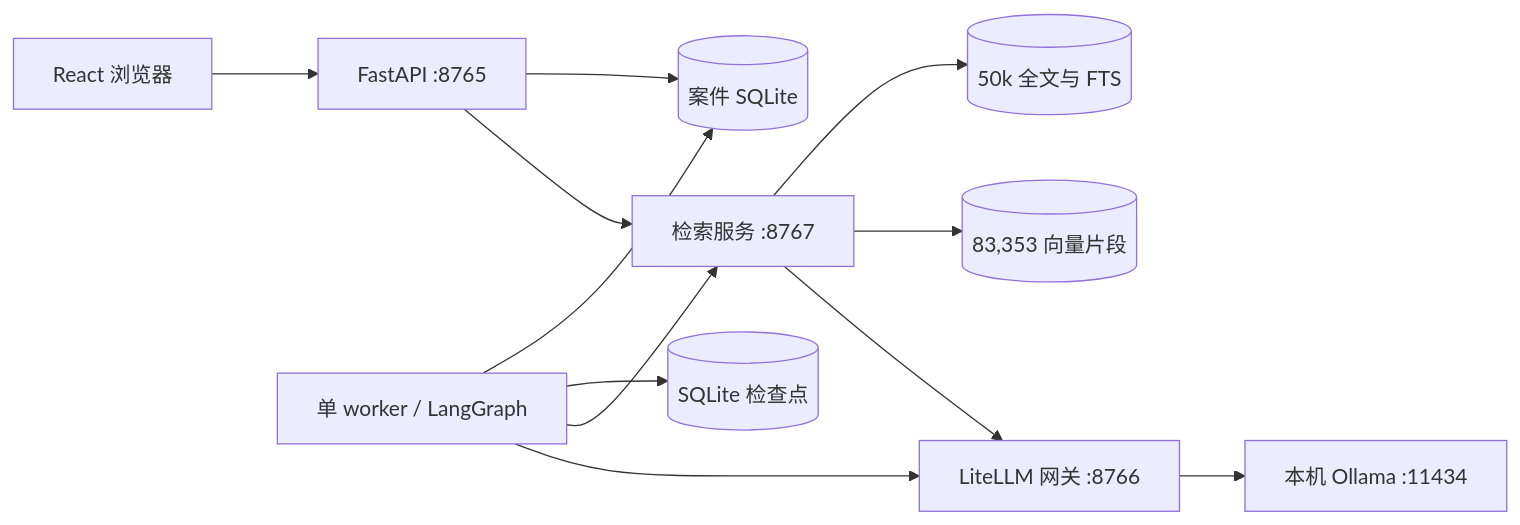
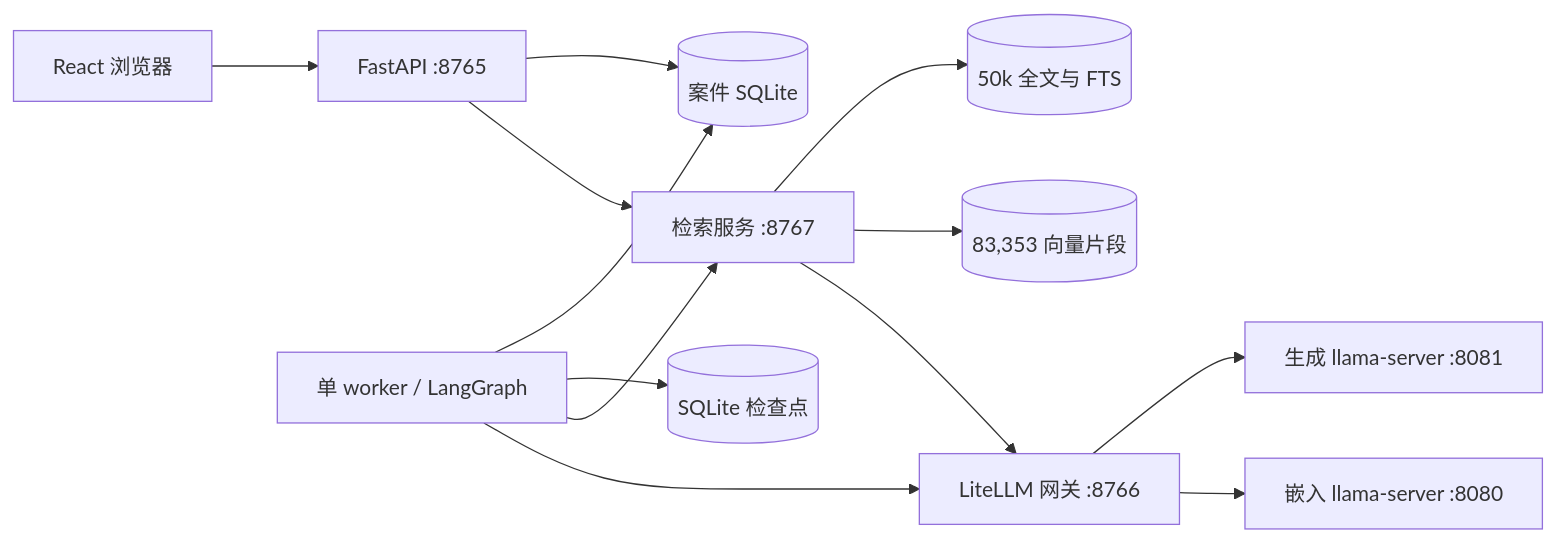
One commit to jonkiky/judger-demo changed the diagram in README.md. Above: the diagram before and after it, drawn with Mermaid. The commit also changed other lines of this file and 5 other files, not shown here.

````diff
--- a/README.md
+++ b/README.md
@@ -100,14 +103,15 @@
 ```mermaid
 flowchart LR
   UI[React 浏览器] --> API[FastAPI :8765]
   API --> DB[(案件 SQLite)]
   Worker[单 worker / LangGraph] --> DB
   Worker --> Checkpoint[(SQLite 检查点)]
   API --> Search[检索服务 :8767]
   Worker --> Search
   Search --> Corpus[(50k 全文与 FTS)]
   Search --> Qdrant[(83,353 向量片段)]
   Worker --> Gateway[LiteLLM 网关 :8766]
   Search --> Gateway
-  Gateway --> Ollama[本机 Ollama :11434]
+  Gateway --> Chat[生成 llama-server :8081]
+  Gateway --> Embedding[嵌入 llama-server :8080]
 ```
````
